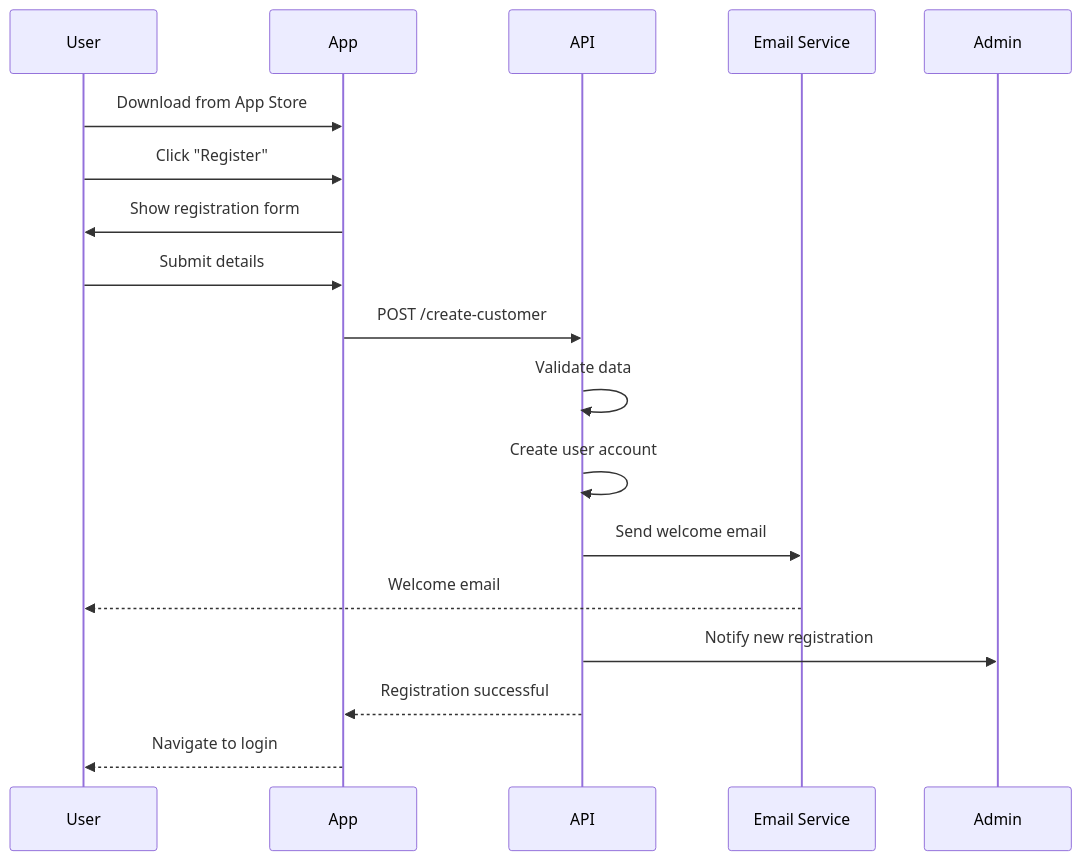
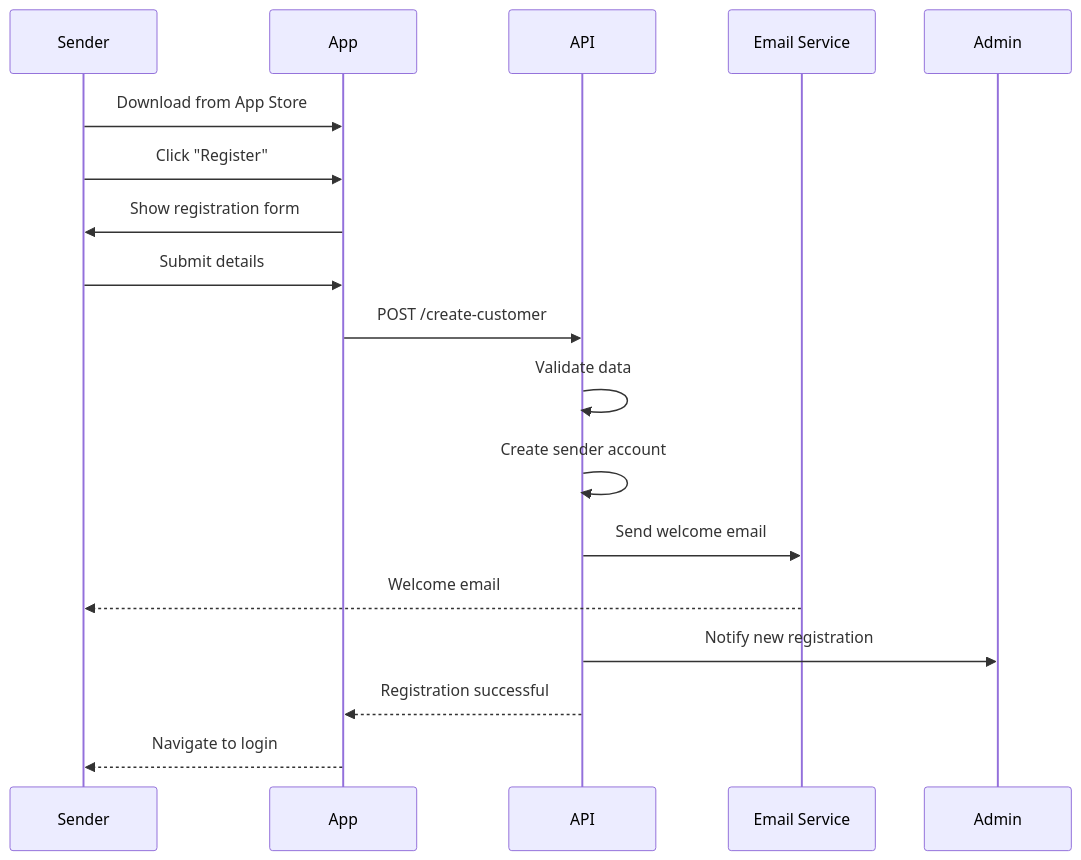
One commit to trillionclues-fincode/docs changed the first of 14 diagrams in remittance/process-flows.mdx. Above: the diagram before and after it, drawn with Mermaid. The commit also changed other lines of this file and 7 other files, not shown here.

````diff
--- a/remittance/process-flows.mdx
+++ b/remittance/process-flows.mdx
@@ -20,21 +19,21 @@
 ```mermaid
 sequenceDiagram
-    participant User
+    participant Sender
     participant App
     participant API
     participant Email Service
     participant Admin
 
-    User->>App: Download from App Store
-    User->>App: Click "Register"
-    App->>User: Show registration form
-    User->>App: Submit details
+    Sender->>App: Download from App Store
+    Sender->>App: Click "Register"
+    App->>Sender: Show registration form
+    Sender->>App: Submit details
     App->>API: POST /create-customer
     API->>API: Validate data
-    API->>API: Create user account
+    API->>API: Create sender account
     API->>Email Service: Send welcome email
-    Email Service-->>User: Welcome email
+    Email Service-->>Sender: Welcome email
     API->>Admin: Notify new registration
     API-->>App: Registration successful
-    App-->>User: Navigate to login
+    App-->>Sender: Navigate to login
 ```
````
